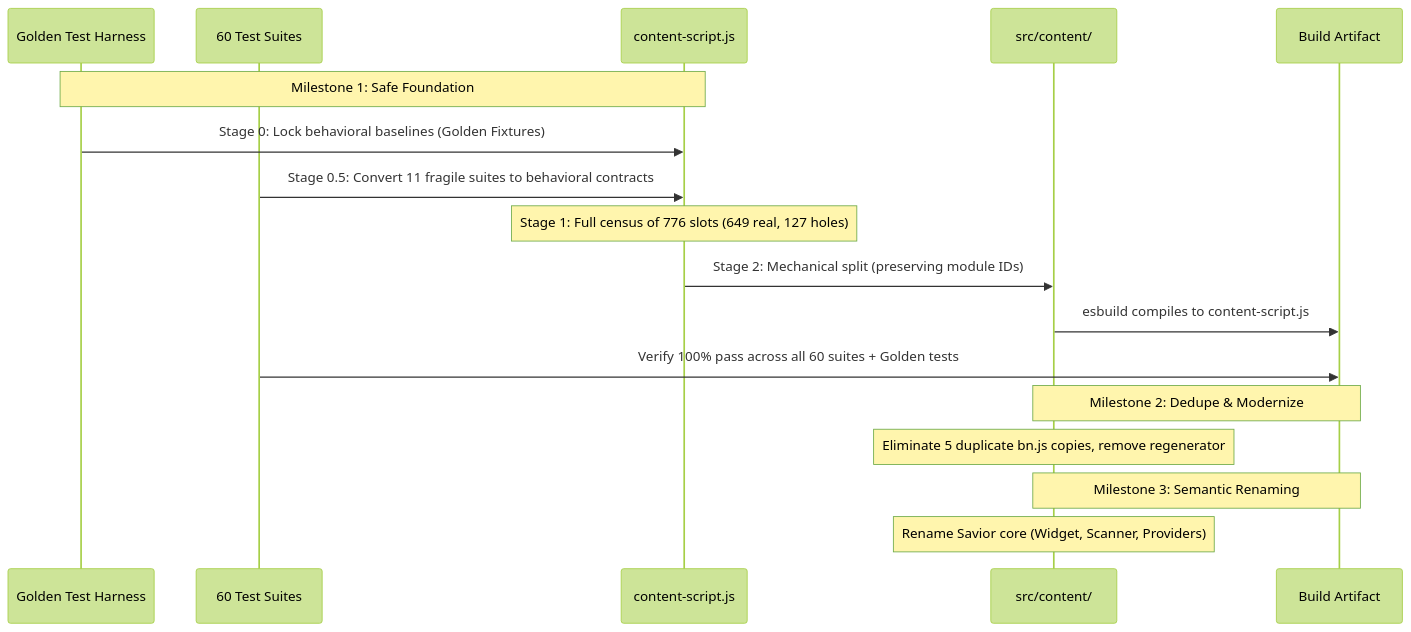
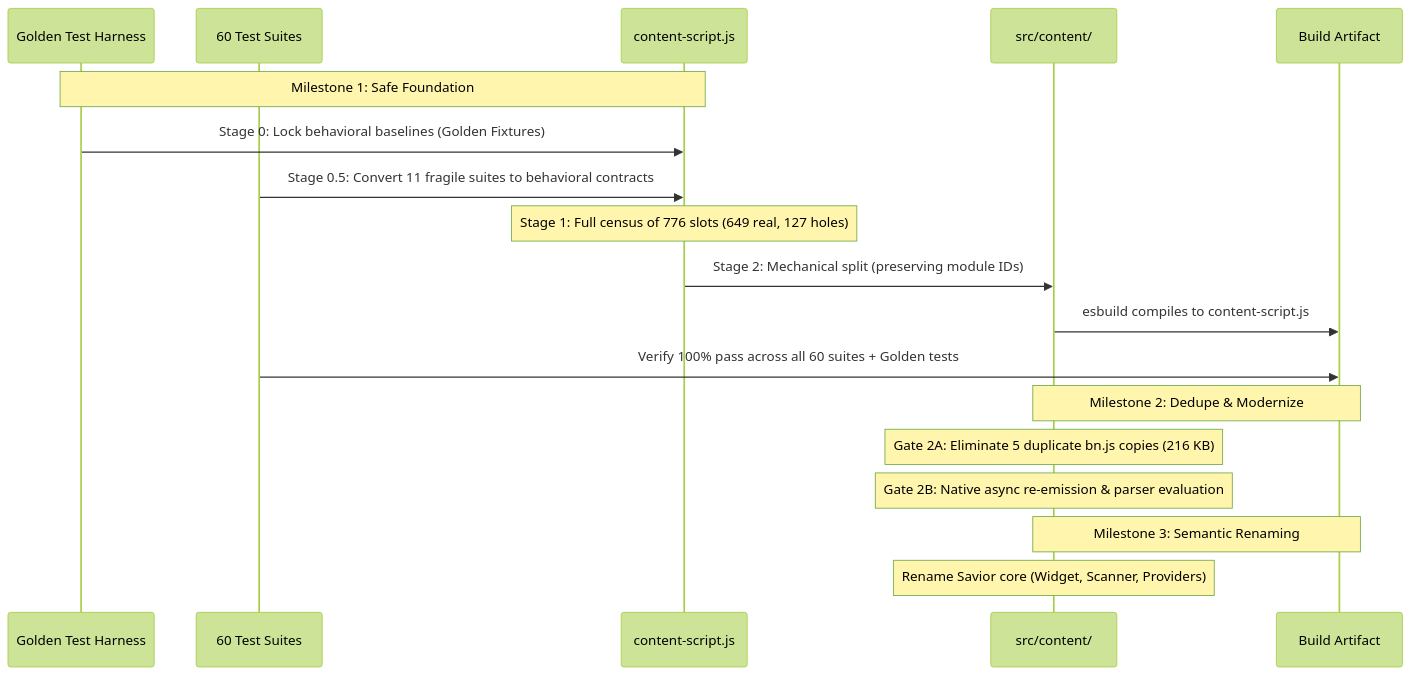
One commit to DontAskMeWhy0507/Vidown changed the second of 2 diagrams in docs/superpowers/specs/2026-11-01-content-script-open-source-architecture-design.md. Above: the diagram before and after it, drawn with Mermaid (forest theme). The commit also changed other lines of this file, not shown here.

Commit message:
docs(specs): apply all audit verification corrections (regenerator mass, 2-tier M2 gate, complete contracts, timing, scope)

````diff
--- a/docs/superpowers/specs/2026-11-01-content-script-open-source-architecture-design.md
+++ b/docs/superpowers/specs/2026-11-01-content-script-open-source-architecture-design.md
@@ -107,22 +114,23 @@
 ```mermaid
 sequenceDiagram
     participant Harness as Golden Test Harness
     participant Tests as 60 Test Suites
     participant Bundle as content-script.js
     participant Src as src/content/
     participant Dist as Build Artifact
     
     Note over Harness,Bundle: Milestone 1: Safe Foundation
     Harness->>Bundle: Stage 0: Lock behavioral baselines (Golden Fixtures)
     Tests->>Bundle: Stage 0.5: Convert 11 fragile suites to behavioral contracts
     Note over Bundle: Stage 1: Full census of 776 slots (649 real, 127 holes)
     Bundle->>Src: Stage 2: Mechanical split (preserving module IDs)
     Src->>Dist: esbuild compiles to content-script.js
     Tests->>Dist: Verify 100% pass across all 60 suites + Golden tests
     
     Note over Src,Dist: Milestone 2: Dedupe & Modernize
-    Note over Src: Eliminate 5 duplicate bn.js copies, remove regenerator
+    Note over Src: Gate 2A: Eliminate 5 duplicate bn.js copies (216 KB)
+    Note over Src: Gate 2B: Native async re-emission & parser evaluation
     
     Note over Src,Dist: Milestone 3: Semantic Renaming
     Note over Src: Rename Savior core (Widget, Scanner, Providers)
 ```
````
